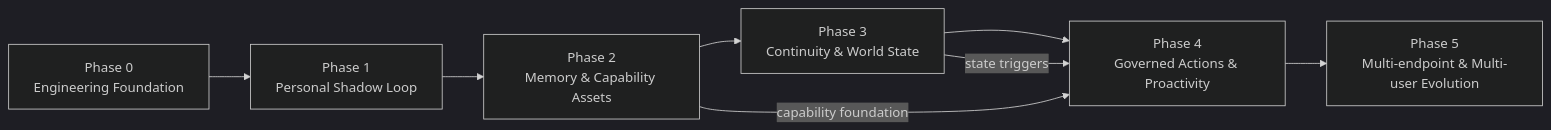
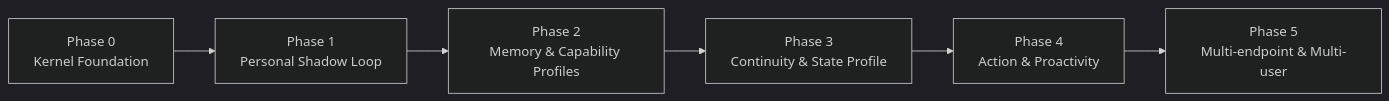
One commit to wzw57/OpenShadow changed the diagram in docs/implementation-stages.md. Above: the diagram before and after it, drawn with Mermaid (dark theme). The commit also changed other lines of this file, not shown here.

Commit message:
docs: align docs/implementation-stages.md with tiny kernel profiles

```diff
--- a/docs/implementation-stages.md
+++ b/docs/implementation-stages.md
@@ -53,13 +64,11 @@
 ~~~mermaid
 flowchart LR
-    P0["Phase 0<br/>Engineering Foundation"]
+    P0["Phase 0<br/>Kernel Foundation"]
     P1["Phase 1<br/>Personal Shadow Loop"]
-    P2["Phase 2<br/>Memory & Capability Assets"]
-    P3["Phase 3<br/>Continuity & World State"]
-    P4["Phase 4<br/>Governed Actions & Proactivity"]
-    P5["Phase 5<br/>Multi-endpoint & Multi-user Evolution"]
+    P2["Phase 2<br/>Memory & Capability Profiles"]
+    P3["Phase 3<br/>Continuity & State Profile"]
+    P4["Phase 4<br/>Action & Proactivity"]
+    P5["Phase 5<br/>Multi-endpoint & Multi-user"]
 
     P0 --> P1 --> P2 --> P3 --> P4 --> P5
-    P2 -->|"capability foundation"| P4
-    P3 -->|"state triggers"| P4
 ~~~
```
